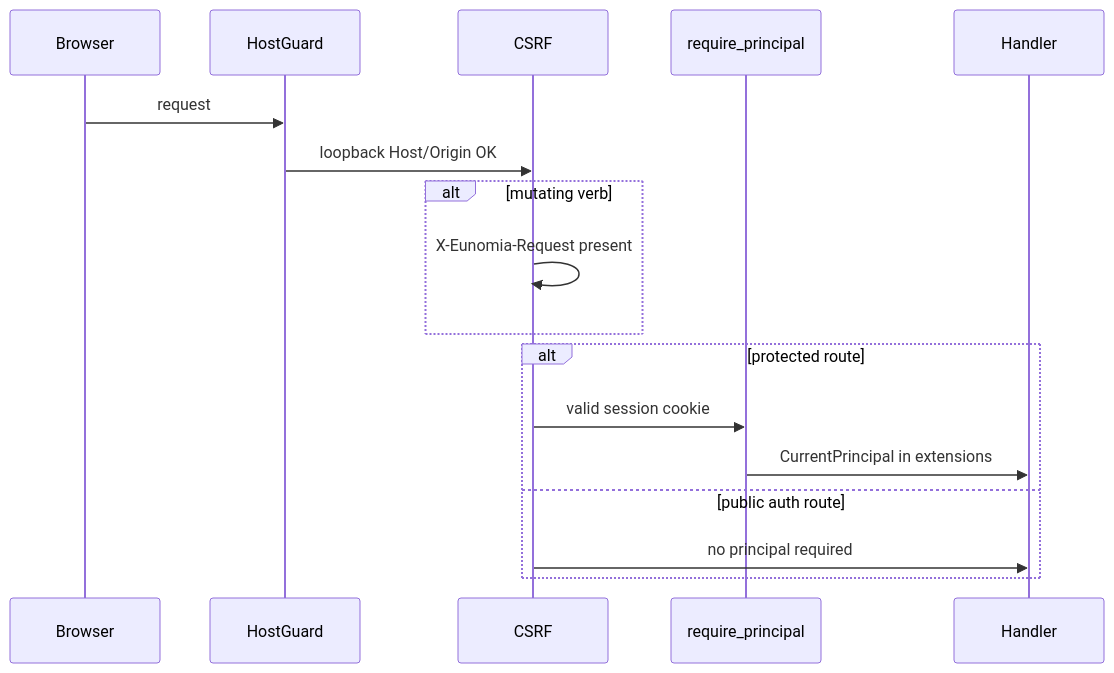
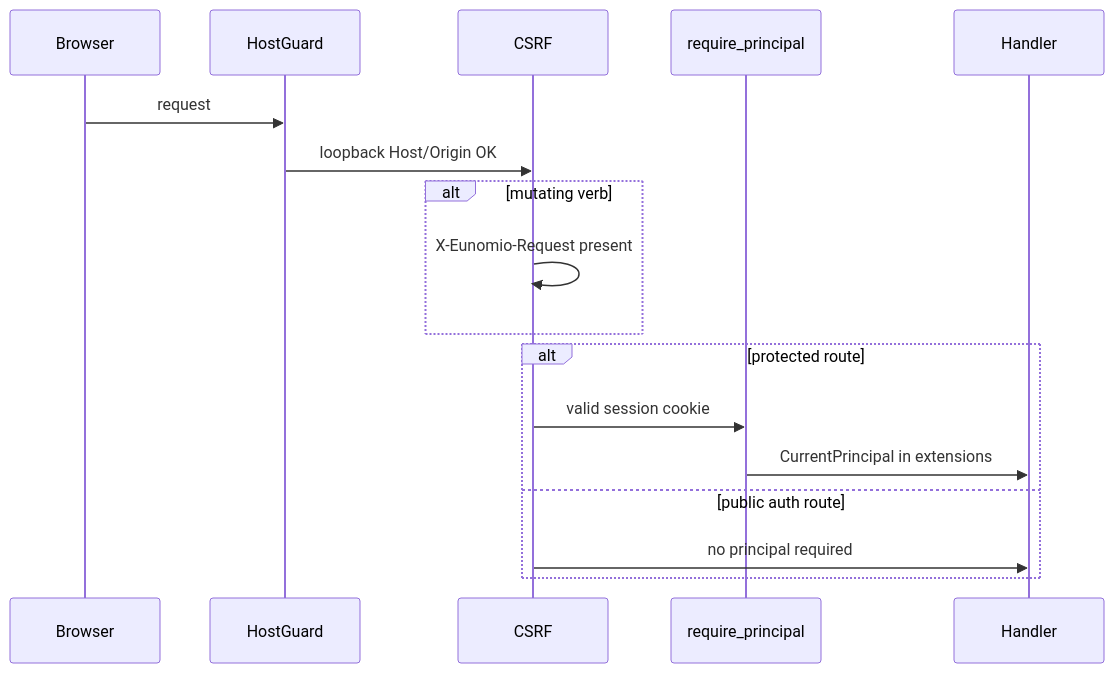
One commit to James-Mart/eunomio changed the second of 2 diagrams in ARCHITECTURE.md. Above: the diagram before and after it, drawn with Mermaid. The commit also changed other lines of this file and 62 other files, not shown here.

````diff
--- a/ARCHITECTURE.md
+++ b/ARCHITECTURE.md
@@ -72,20 +72,20 @@
 ```mermaid
 sequenceDiagram
   participant Browser
   participant HostGuard
   participant CSRF
   participant AuthMW as require_principal
   participant Handler
 
   Browser->>HostGuard: request
   HostGuard->>CSRF: loopback Host/Origin OK
   alt mutating verb
-    CSRF->>CSRF: X-Eunomia-Request present
+    CSRF->>CSRF: X-Eunomio-Request present
   end
   alt protected route
     CSRF->>AuthMW: valid session cookie
     AuthMW->>Handler: CurrentPrincipal in extensions
   else public auth route
     CSRF->>Handler: no principal required
   end
 ```
````
